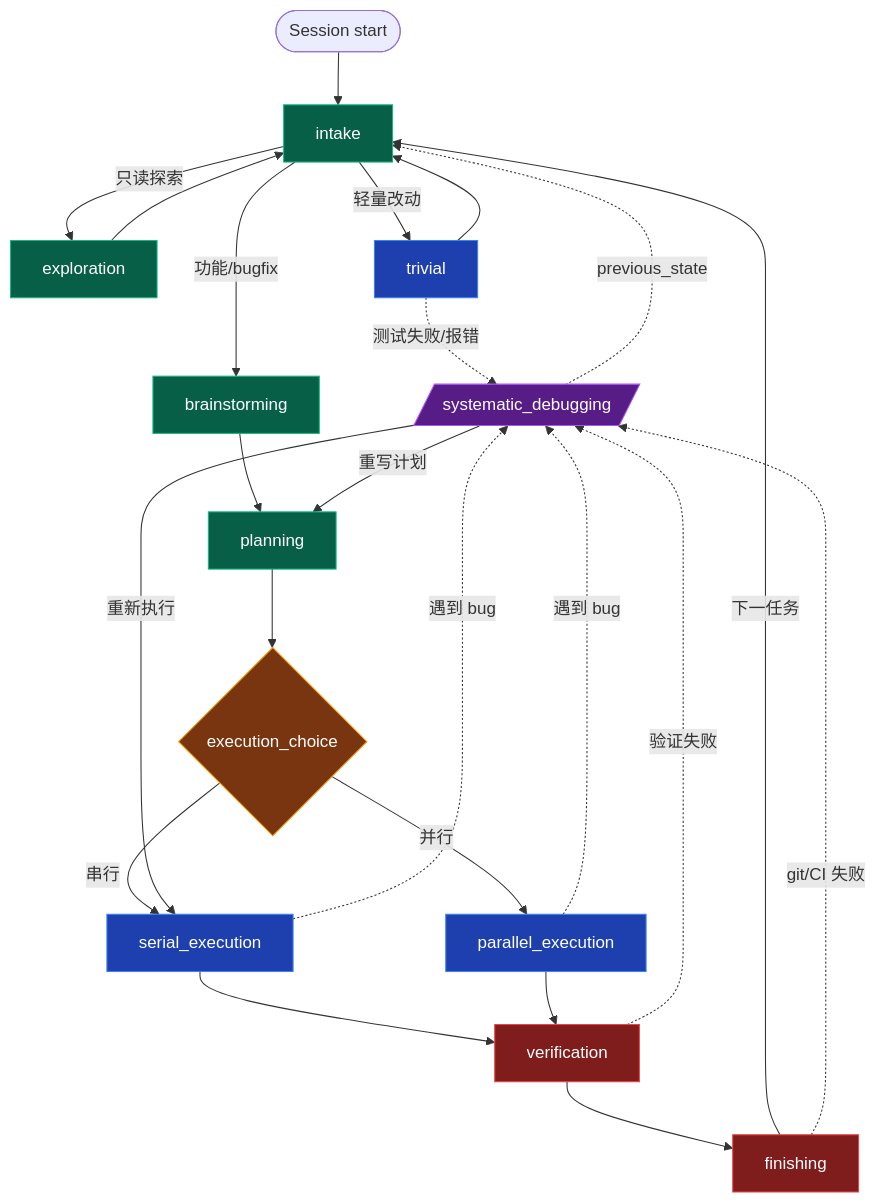
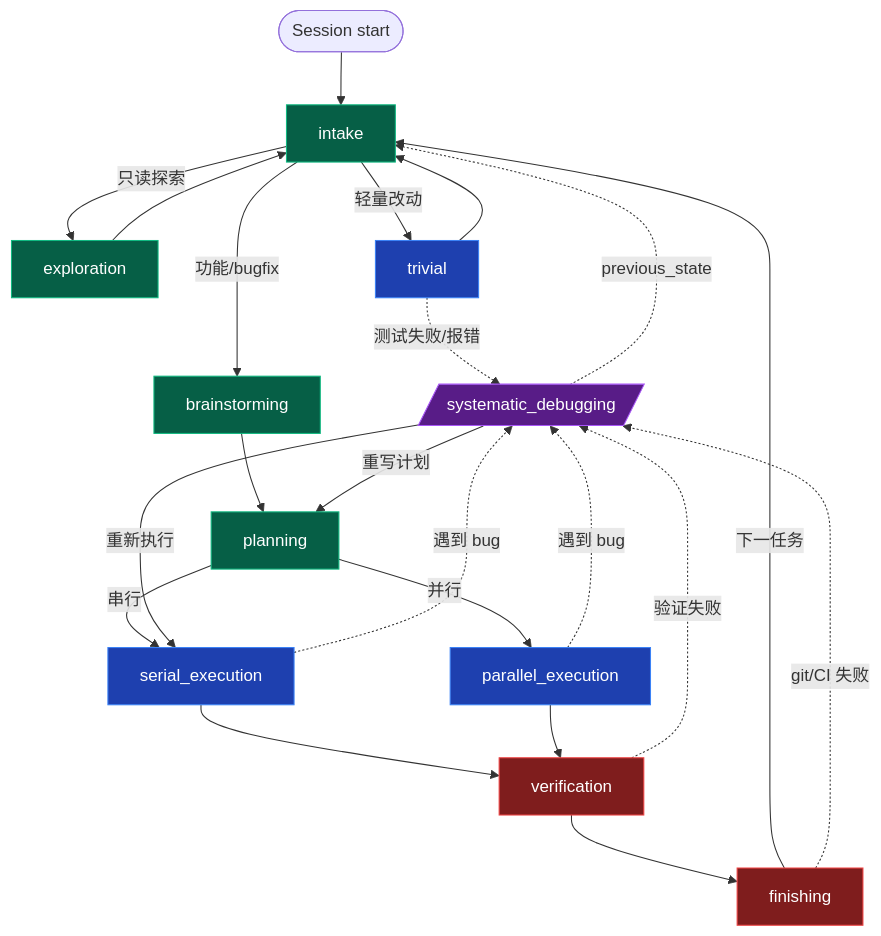
Before and after one commit to ShirlyTaylor73/superharness: the diagram in docs/superharness/specs/2026-05-19-state-machine-v3-design.md, drawn with Mermaid. The commit also changed other lines of this file and 1 other file, not shown here.

First line of the commit message:
plan(state-machine-v3): add implementation plan + drop execution_choice from spec

````diff
--- a/docs/superharness/specs/2026-05-19-state-machine-v3-design.md
+++ b/docs/superharness/specs/2026-05-19-state-machine-v3-design.md
@@ -82,47 +81,45 @@
 ```mermaid
 flowchart TD
     START([Session start]) --> Intake
     Intake[intake]:::interactive
     Explor[exploration]:::interactive
     Triv[trivial]:::execution
     BS[brainstorming]:::interactive
     PL[planning]:::interactive
-    EC{execution_choice}:::router
     SE[serial_execution]:::execution
     PE[parallel_execution]:::execution
     VF[verification]:::gate
     FN[finishing]:::gate
     DBG[/systematic_debugging/]:::preempt
 
     Intake -->|只读探索| Explor
     Intake -->|轻量改动| Triv
     Intake -->|功能/bugfix| BS
 
     Explor --> Intake
     Triv --> Intake
 
     BS --> PL
-    PL --> EC
-    EC -->|串行| SE
-    EC -->|并行| PE
+    PL -->|串行| SE
+    PL -->|并行| PE
     SE --> VF
     PE --> VF
     VF --> FN
     FN -->|下一任务| Intake
 
     Triv -.->|测试失败/报错| DBG
     SE -.->|遇到 bug| DBG
     PE -.->|遇到 bug| DBG
     VF -.->|验证失败| DBG
     FN -.->|git/CI 失败| DBG
 
     DBG -.->|previous_state| Intake
     DBG -->|重写计划| PL
     DBG -->|重新执行| SE
 
     classDef interactive fill:#065f46,stroke:#10b981,color:#fff
     classDef router fill:#78350f,stroke:#f59e0b,color:#fff
     classDef execution fill:#1e40af,stroke:#3b82f6,color:#fff
     classDef gate fill:#7f1d1d,stroke:#ef4444,color:#fff
     classDef preempt fill:#581c87,stroke:#a855f7,color:#fff
 ```
````
